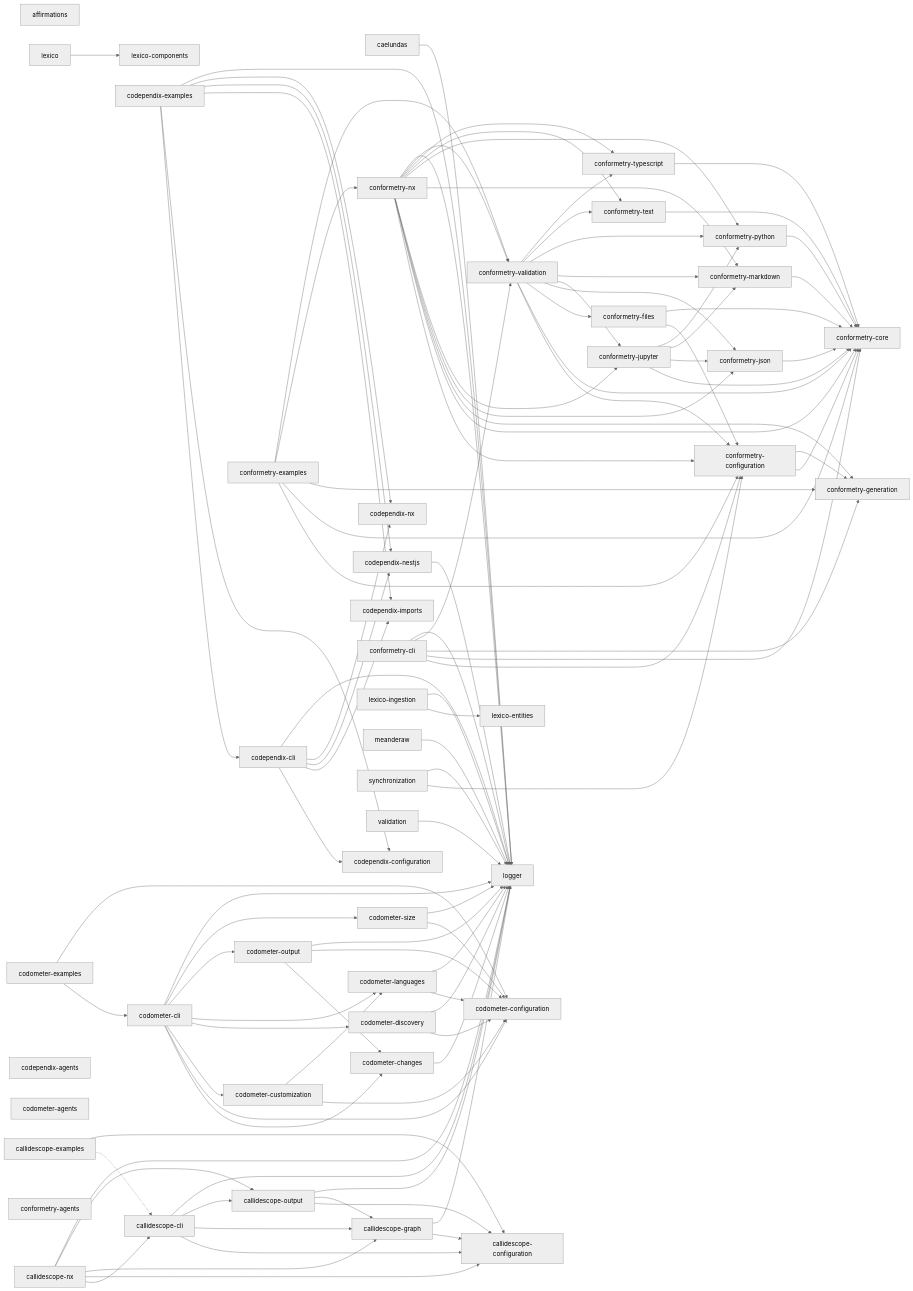
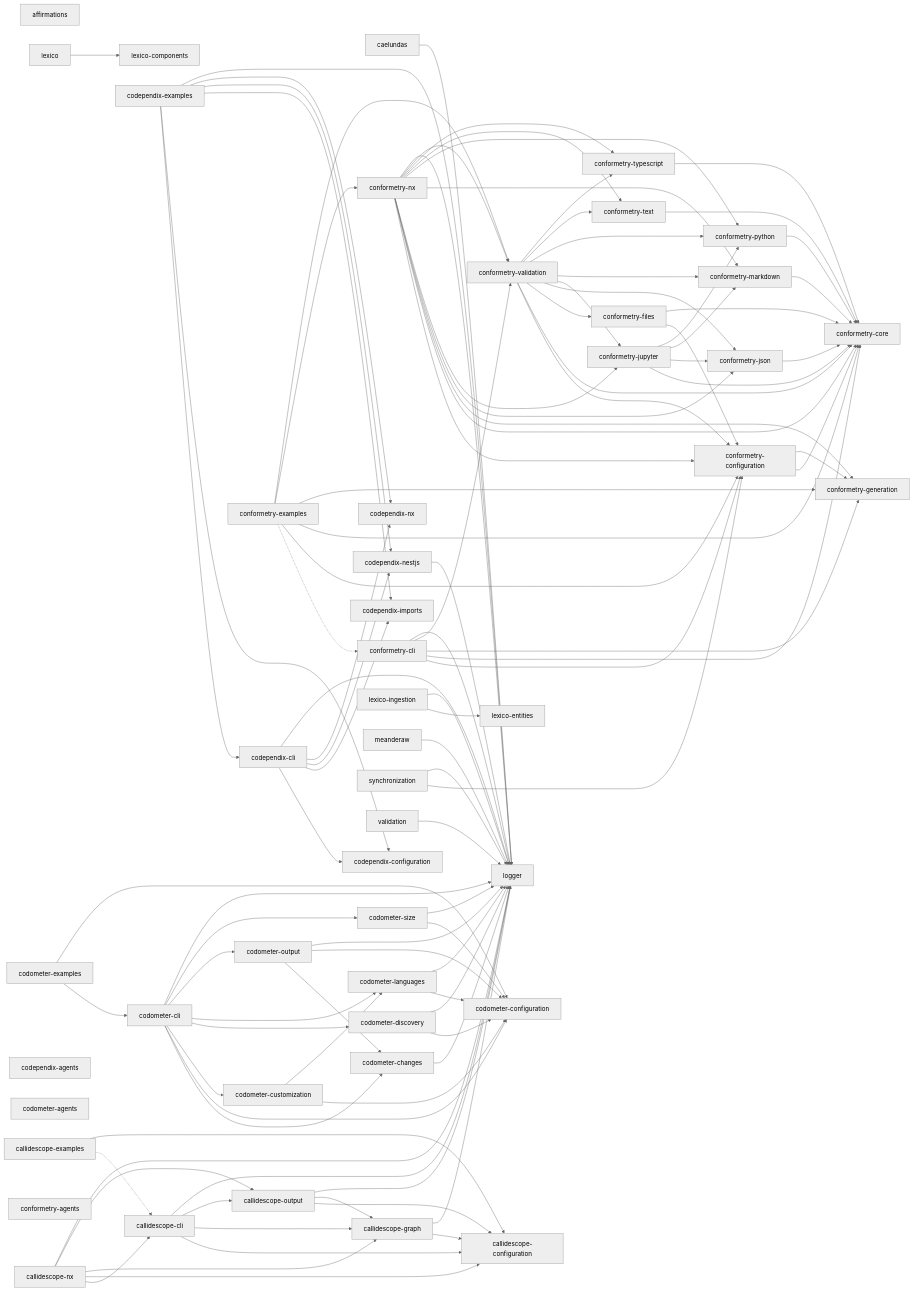
Before and after one commit to JimmyPaolini/codebase: the diagram in README.md, drawn with Mermaid (neutral theme). The commit also changed other lines of this file and 50 other files, not shown here.

```diff
--- a/README.md
+++ b/README.md
@@ -281,6 +281,7 @@
   conformetry_cli --> logger
   conformetry_configuration --> conformetry_core
   conformetry_configuration --> conformetry_generation
+  conformetry_examples -.-> conformetry_cli
   conformetry_examples --> conformetry_configuration
   conformetry_examples --> conformetry_core
   conformetry_examples --> conformetry_generation
```
